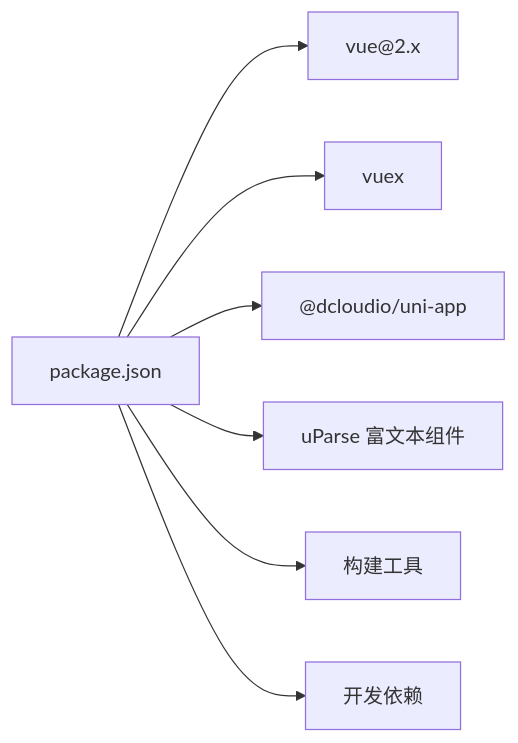
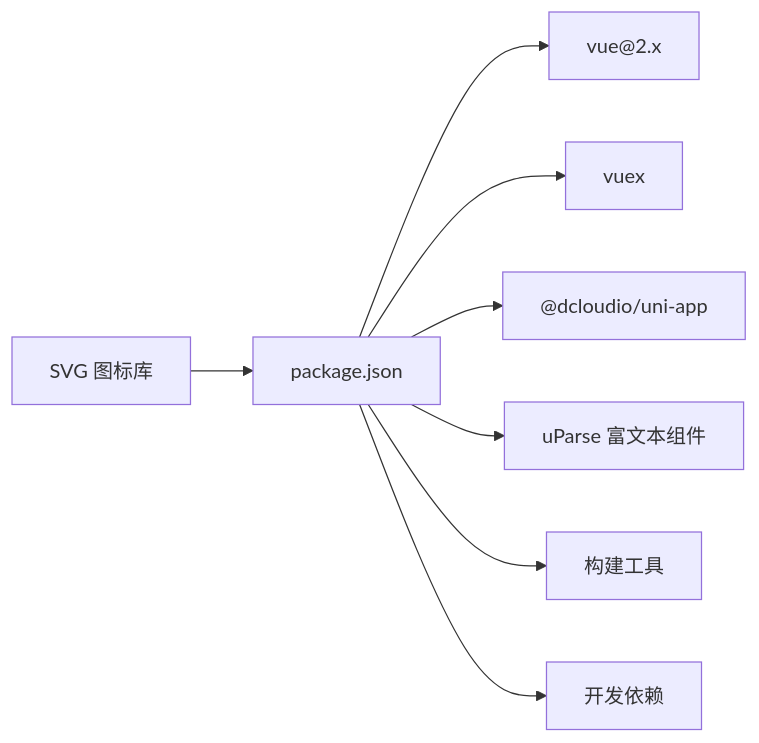
One commit to QtImM/wechatMiniprogram_Store changed the tenth of 10 diagrams in .qoder/repowiki/zh/content/前端架构设计/小程序整体架构.md. Above: the diagram before and after it, drawn with Mermaid. The commit also changed other lines of this file and 41 other files, not shown here.

````diff
--- a/.qoder/repowiki/zh/content/前端架构设计/小程序整体架构.md
+++ b/.qoder/repowiki/zh/content/前端架构设计/小程序整体架构.md
@@ -230,9 +427,10 @@
 ```mermaid
 graph LR
 P["package.json"] --> D1["vue@2.x"]
 P --> D2["vuex"]
 P --> D3["@dcloudio/uni-app"]
 P --> D4["uParse 富文本组件"]
 P --> DD1["构建工具"]
 P --> DD2["开发依赖"]
+DD3["SVG 图标库"] --> P
 ```
````
